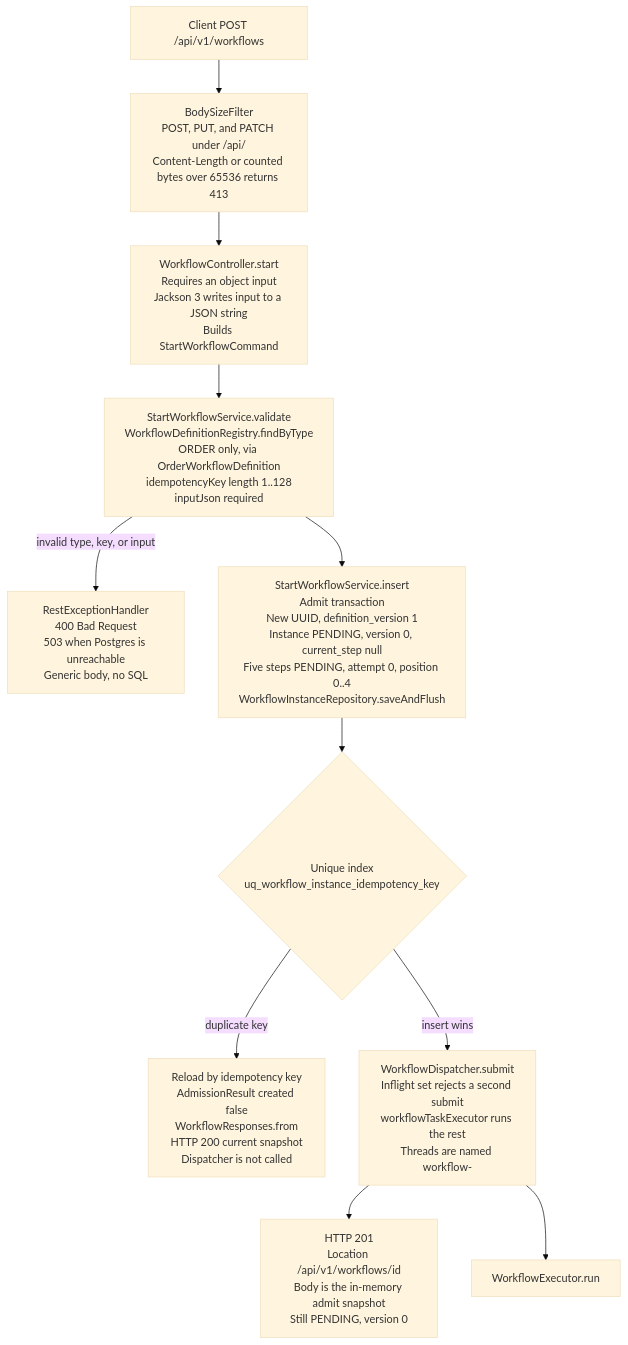
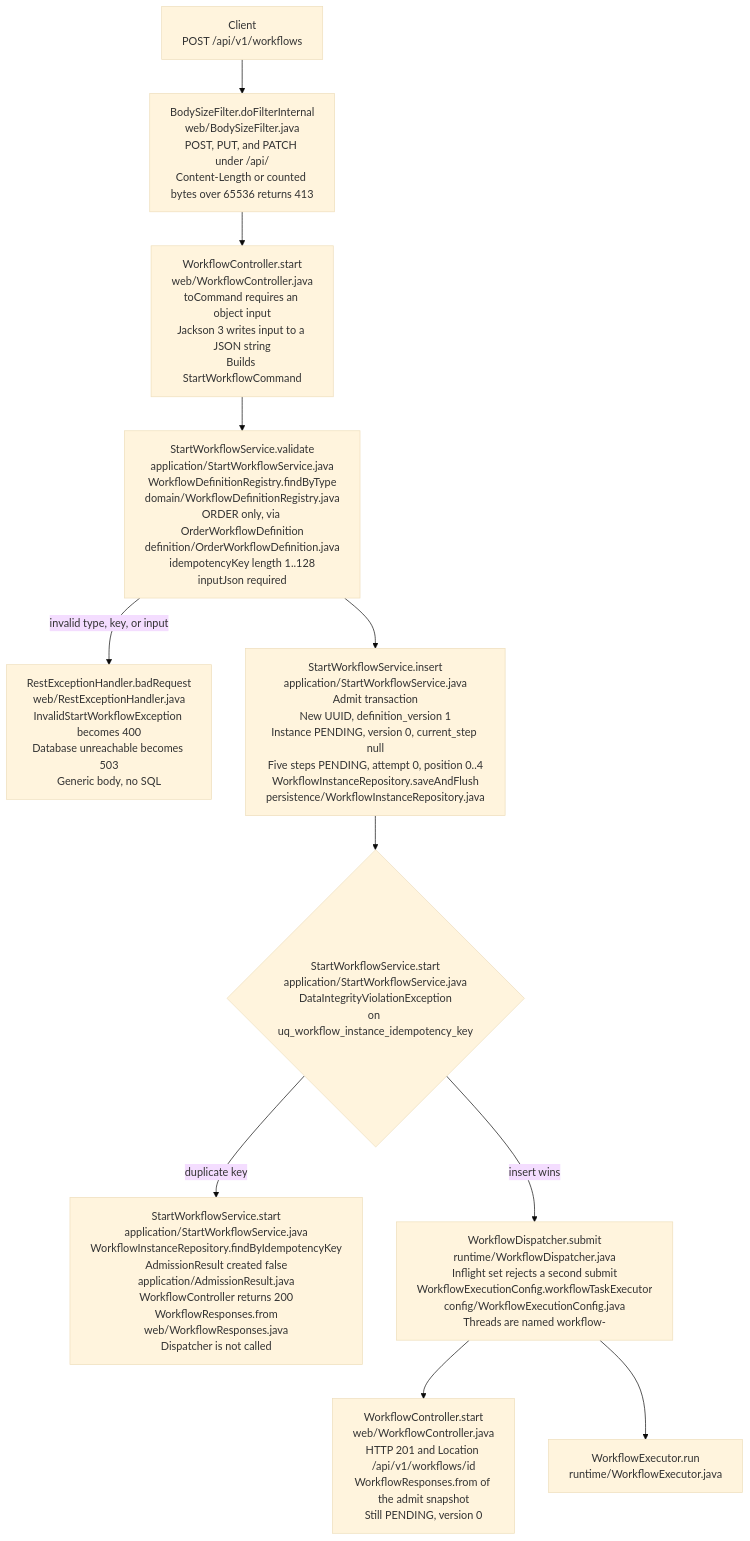
The first of 5 diagrams in engine/code-flow.md (ganeshpc/distributed-workflow-engine), drawn with Mermaid (base theme) before and after one commit. The commit also changed other lines of this file, not shown here.

First line of the commit message:
Name each flow block with its class, method, and source file.

````diff
--- a/engine/code-flow.md
+++ b/engine/code-flow.md
@@ -15,21 +15,21 @@
 ```mermaid
 flowchart TD
-  post["Client POST /api/v1/workflows"]
-  filter["BodySizeFilter<br/>POST, PUT, and PATCH under /api/<br/>Content-Length or counted bytes over 65536 returns 413"]
-  ctrl["WorkflowController.start<br/>Requires an object input<br/>Jackson 3 writes input to a JSON string<br/>Builds StartWorkflowCommand"]
-  validate["StartWorkflowService.validate<br/>WorkflowDefinitionRegistry.findByType<br/>ORDER only, via OrderWorkflowDefinition<br/>idempotencyKey length 1..128<br/>inputJson required"]
-  bad["RestExceptionHandler<br/>400 Bad Request<br/>503 when Postgres is unreachable<br/>Generic body, no SQL"]
-  admit["StartWorkflowService.insert<br/>Admit transaction<br/>New UUID, definition_version 1<br/>Instance PENDING, version 0, current_step null<br/>Five steps PENDING, attempt 0, position 0..4<br/>WorkflowInstanceRepository.saveAndFlush"]
-  race{"Unique index<br/>uq_workflow_instance_idempotency_key"}
-  existing["Reload by idempotency key<br/>AdmissionResult created false<br/>WorkflowResponses.from<br/>HTTP 200 current snapshot<br/>Dispatcher is not called"]
-  submit["WorkflowDispatcher.submit<br/>Inflight set rejects a second submit<br/>workflowTaskExecutor runs the rest<br/>Threads are named workflow-"]
-  created["HTTP 201<br/>Location /api/v1/workflows/id<br/>Body is the in-memory admit snapshot<br/>Still PENDING, version 0"]
-  run["WorkflowExecutor.run"]
+  post["Client<br/>POST /api/v1/workflows"]
+  filter["BodySizeFilter.doFilterInternal<br/>web/BodySizeFilter.java<br/>POST, PUT, and PATCH under /api/<br/>Content-Length or counted bytes over 65536 returns 413"]
+  ctrl["WorkflowController.start<br/>web/WorkflowController.java<br/>toCommand requires an object input<br/>Jackson 3 writes input to a JSON string<br/>Builds StartWorkflowCommand"]
+  validate["StartWorkflowService.validate<br/>application/StartWorkflowService.java<br/>WorkflowDefinitionRegistry.findByType<br/>domain/WorkflowDefinitionRegistry.java<br/>ORDER only, via OrderWorkflowDefinition<br/>definition/OrderWorkflowDefinition.java<br/>idempotencyKey length 1..128<br/>inputJson required"]
+  bad["RestExceptionHandler.badRequest<br/>web/RestExceptionHandler.java<br/>InvalidStartWorkflowException becomes 400<br/>Database unreachable becomes 503<br/>Generic body, no SQL"]
+  admit["StartWorkflowService.insert<br/>application/StartWorkflowService.java<br/>Admit transaction<br/>New UUID, definition_version 1<br/>Instance PENDING, version 0, current_step null<br/>Five steps PENDING, attempt 0, position 0..4<br/>WorkflowInstanceRepository.saveAndFlush<br/>persistence/WorkflowInstanceRepository.java"]
+  race{"StartWorkflowService.start<br/>application/StartWorkflowService.java<br/>DataIntegrityViolationException<br/>on uq_workflow_instance_idempotency_key"}
+  existing["StartWorkflowService.start<br/>application/StartWorkflowService.java<br/>WorkflowInstanceRepository.findByIdempotencyKey<br/>AdmissionResult created false<br/>application/AdmissionResult.java<br/>WorkflowController returns 200<br/>WorkflowResponses.from<br/>web/WorkflowResponses.java<br/>Dispatcher is not called"]
+  submit["WorkflowDispatcher.submit<br/>runtime/WorkflowDispatcher.java<br/>Inflight set rejects a second submit<br/>WorkflowExecutionConfig.workflowTaskExecutor<br/>config/WorkflowExecutionConfig.java<br/>Threads are named workflow-"]
+  created["WorkflowController.start<br/>web/WorkflowController.java<br/>HTTP 201 and Location /api/v1/workflows/id<br/>WorkflowResponses.from of the admit snapshot<br/>Still PENDING, version 0"]
+  run["WorkflowExecutor.run<br/>runtime/WorkflowExecutor.java"]
 
   post --> filter --> ctrl --> validate
   validate -->|"invalid type, key, or input"| bad
   validate --> admit --> race
   race -->|duplicate key| existing
   race -->|"insert wins"| submit --> created
   submit --> run
 ```
````
